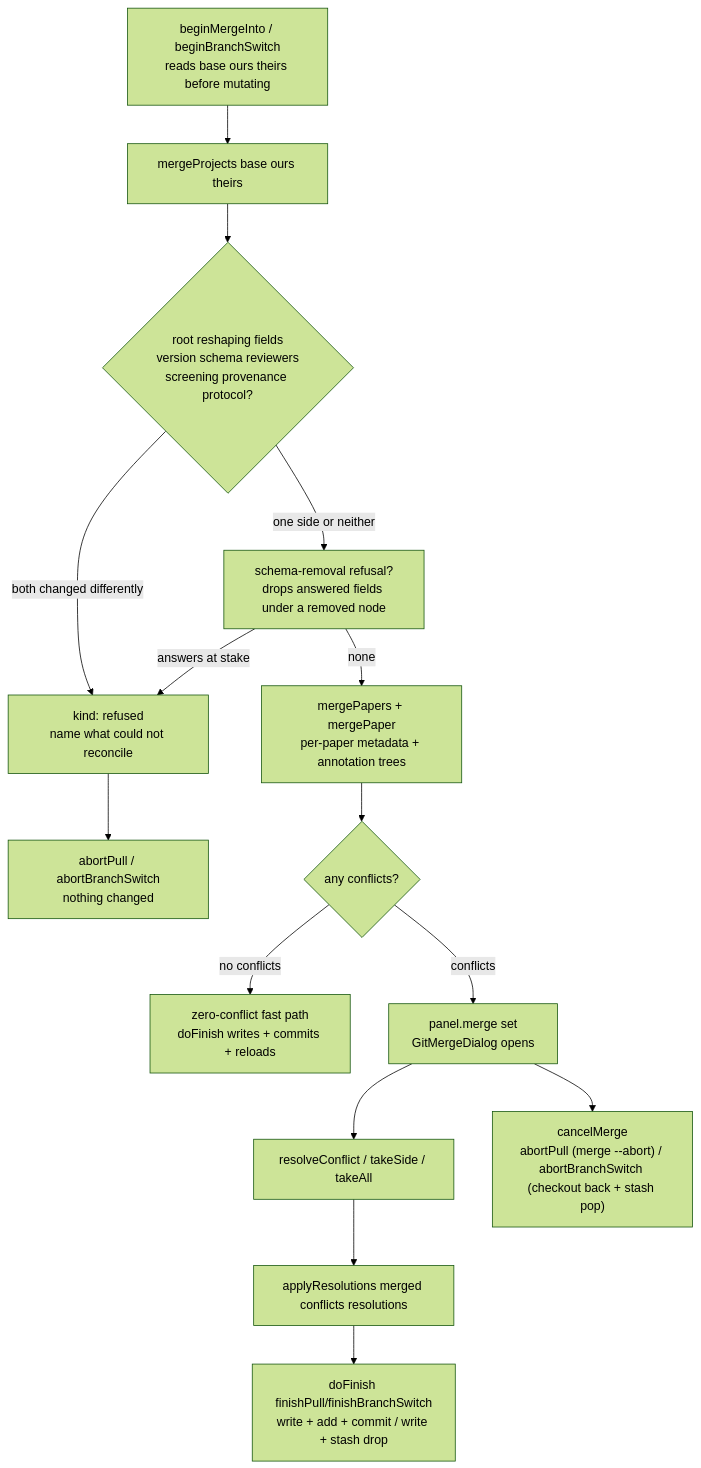
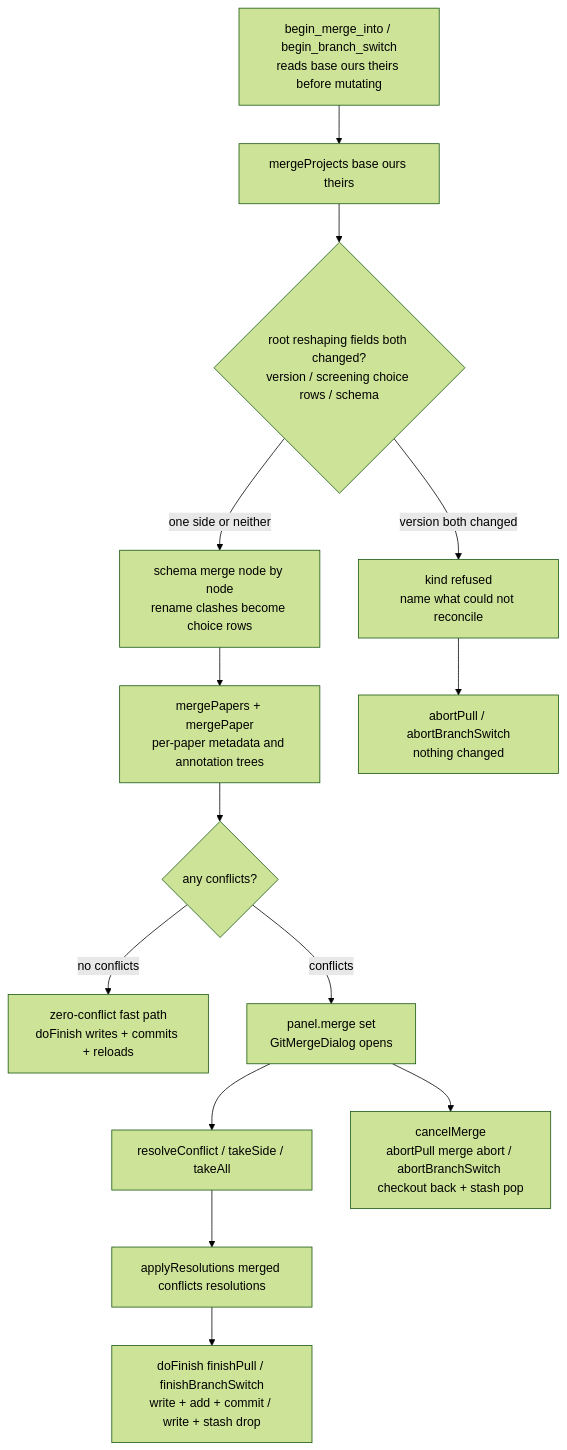
The second of 4 diagrams in openwiki/workflows/git-integration.md (Gram21/SaiLoR), drawn with Mermaid (forest theme) before and after one commit. The commit also changed other lines of this file and 1 other file, not shown here.

````diff
--- a/openwiki/workflows/git-integration.md
+++ b/openwiki/workflows/git-integration.md
@@ -365,17 +510,16 @@
 ```mermaid
 flowchart TD
-  B0["beginMergeInto / beginBranchSwitch<br/>reads base ours theirs before mutating"] --> M["mergeProjects base ours theirs"]
-  M --> R0{root reshaping fields<br/>version schema reviewers<br/>screening provenance protocol?}
-  R0 -->|both changed differently| REF["kind: refused<br/>name what could not reconcile"]
-  R0 -->|one side or neither| SCH["schema-removal refusal?<br/>drops answered fields under a removed node"]
-  SCH -->|answers at stake| REF
-  SCH -->|none| PAP["mergePapers + mergePaper<br/>per-paper metadata + annotation trees"]
-  PAP --> OUT{any conflicts?}
-  OUT -->|no conflicts| FIN0["zero-conflict fast path<br/>doFinish writes + commits + reloads"]
-  OUT -->|conflicts| DIALOG["panel.merge set<br/>GitMergeDialog opens"]
+  B0["begin_merge_into / begin_branch_switch<br/>reads base ours theirs before mutating"] --> M["mergeProjects base ours theirs"]
+  M --> R0{"root reshaping fields both changed?<br/>version / screening choice rows / schema"}
+  R0 -->|"version both changed"| REF["kind refused<br/>name what could not reconcile"]
+  R0 -->|"one side or neither"| SCH["schema merge node by node<br/>rename clashes become choice rows"]
+  SCH --> PAP["mergePapers + mergePaper<br/>per-paper metadata and annotation trees"]
+  PAP --> OUT{"any conflicts?"}
+  OUT -->|"no conflicts"| FIN0["zero-conflict fast path<br/>doFinish writes + commits + reloads"]
+  OUT -->|"conflicts"| DIALOG["panel.merge set<br/>GitMergeDialog opens"]
   DIALOG --> RES["resolveConflict / takeSide / takeAll"]
   RES --> AP["applyResolutions merged conflicts resolutions"]
-  AP --> FIN1["doFinish finishPull/finishBranchSwitch<br/>write + add + commit / write + stash drop"]
-  DIALOG --> CN["cancelMerge<br/>abortPull (merge --abort) / abortBranchSwitch (checkout back + stash pop)"]
+  AP --> FIN1["doFinish finishPull / finishBranchSwitch<br/>write + add + commit / write + stash drop"]
+  DIALOG --> CN["cancelMerge<br/>abortPull merge abort / abortBranchSwitch checkout back + stash pop"]
   REF --> AB["abortPull / abortBranchSwitch<br/>nothing changed"]
 ```
````
